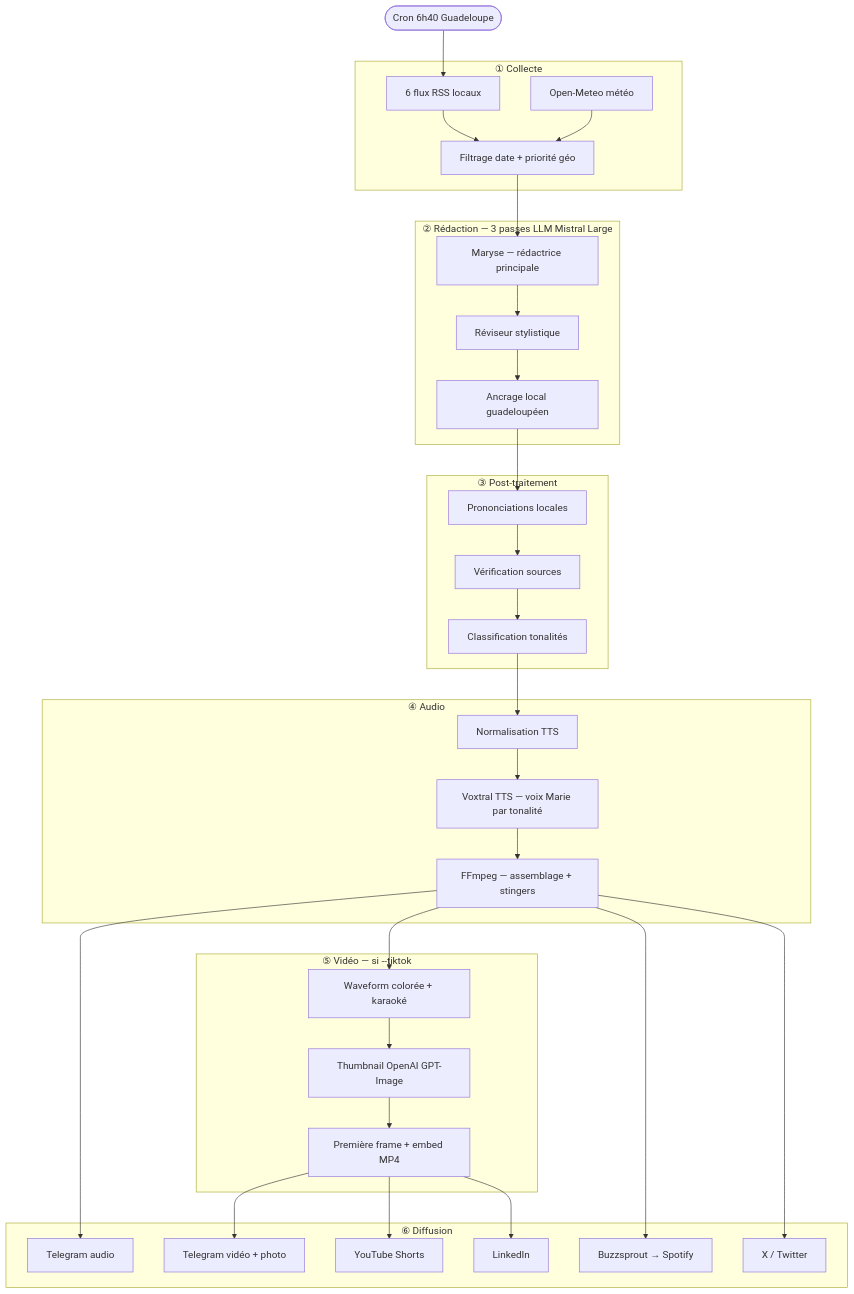
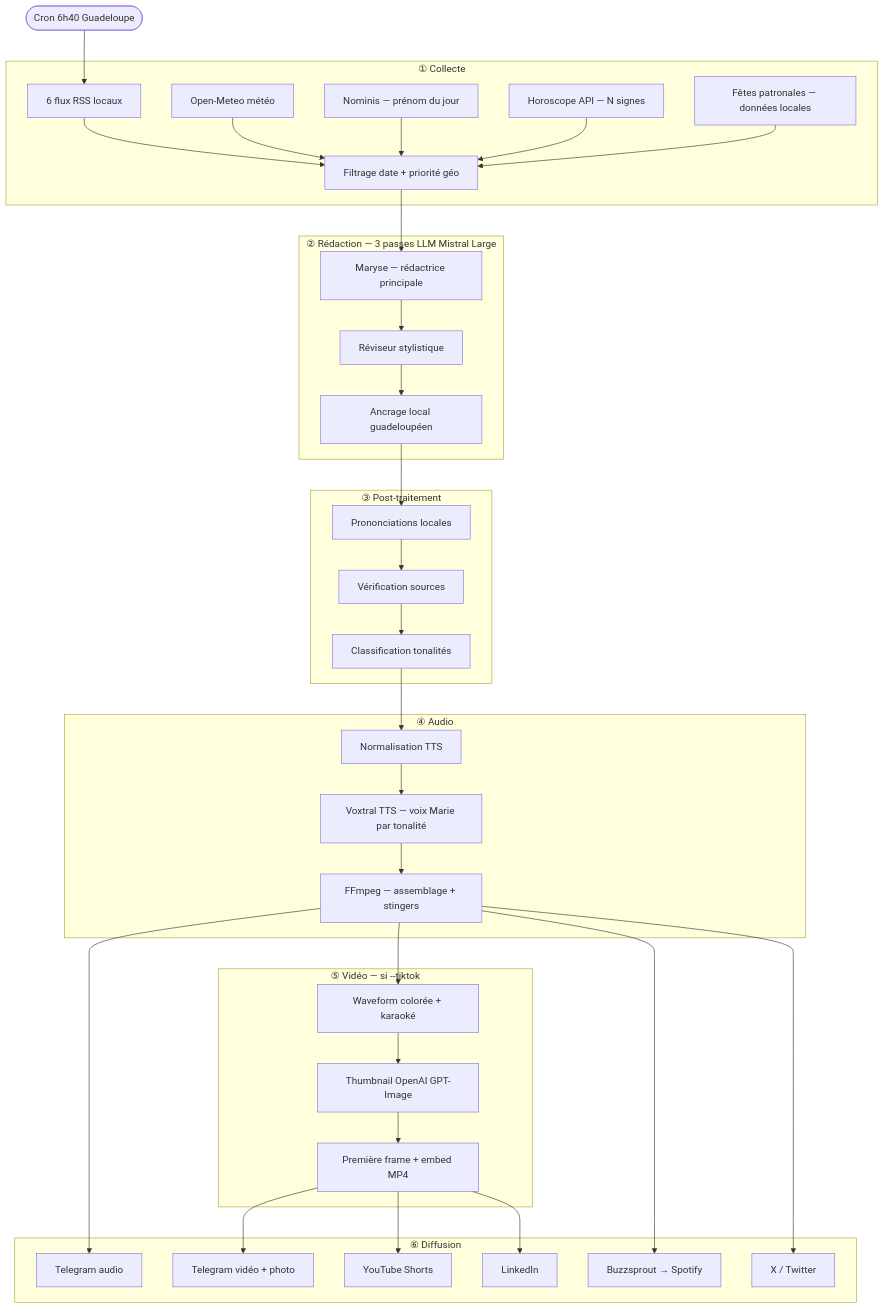
The diagram in README.md (famibelle/FlashInfoKarukera), drawn with Mermaid before and after one commit. The commit also changed other lines of this file, not shown here.

Commit message:
mise à jour de la documentation

````diff
--- a/README.md
+++ b/README.md
@@ -527,42 +563,45 @@
 ```mermaid
 flowchart TD
     A([Cron 6h40 Guadeloupe]) --> B
 
     subgraph COLLECTE["① Collecte"]
         B[6 flux RSS locaux] --> D[Filtrage date + priorité géo]
         C[Open-Meteo météo] --> D
+        E2[Nominis — prénom du jour] --> D
+        E3[Horoscope API — N signes] --> D
+        E4[Fêtes patronales — données locales] --> D
     end
 
     subgraph REDACTION["② Rédaction — 3 passes LLM Mistral Large"]
         D --> E[Maryse — rédactrice principale]
         E --> F[Réviseur stylistique]
         F --> G[Ancrage local guadeloupéen]
     end
 
     subgraph POSTPROCESS["③ Post-traitement"]
         G --> H[Prononciations locales]
         H --> I[Vérification sources]
         I --> J[Classification tonalités]
     end
 
     subgraph AUDIO["④ Audio"]
         J --> K[Normalisation TTS]
         K --> L[Voxtral TTS — voix Marie par tonalité]
         L --> M[FFmpeg — assemblage + stingers]
     end
 
     subgraph VIDEO["⑤ Vidéo — si --tiktok"]
         M --> N[Waveform colorée + karaoké]
         N --> O[Thumbnail OpenAI GPT-Image]
         O --> P[Première frame + embed MP4]
     end
 
     subgraph DIFFUSION["⑥ Diffusion"]
         M --> Q[Telegram audio]
         P --> R[Telegram vidéo + photo]
         P --> S[YouTube Shorts]
         P --> T[LinkedIn]
         M --> U[Buzzsprout → Spotify]
         M --> V[X / Twitter]
     end
 ```
````
